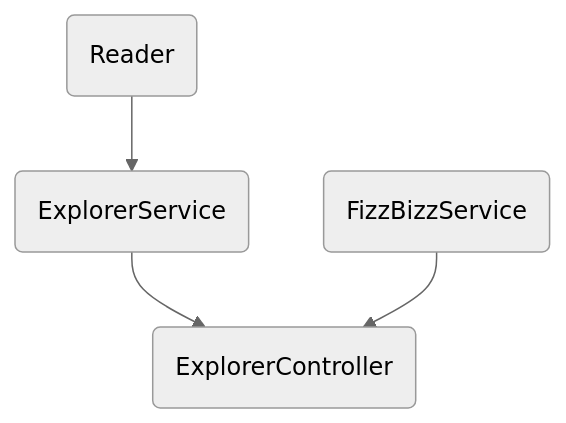
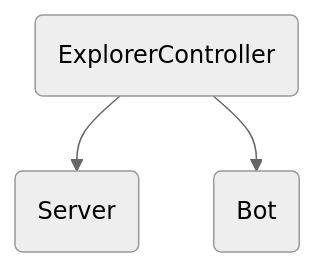
The fifth of 5 diagrams in readme.md (EslebanPerez/FizzBuzz), drawn with Mermaid (neutral theme) before and after one commit. The commit also changed other lines of this file, not shown here.

````diff
--- a/readme.md
+++ b/readme.md
@@ -28,6 +86,5 @@
-``` mermaid
-    flowchart 
-    A(Reader) --> B(ExplorerService)
-    B(ExplorerService) --> D(ExplorerController)
-    C(FizzBizzService) --> D(ExplorerController)
+```mermaid
+flowchart 
+   A(ExplorerController) --> B(Server)
+   A(ExplorerController) --> C(Bot)
 ```
````
